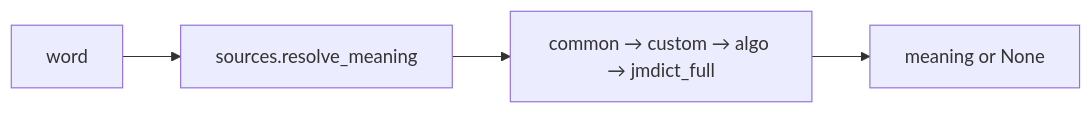
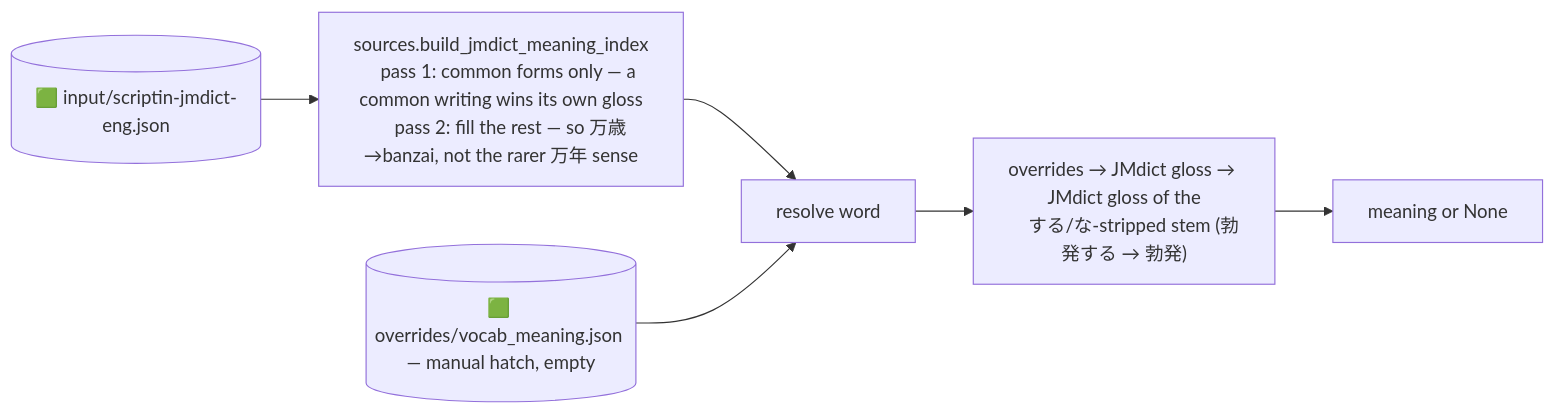
The seventh of 8 diagrams in notes/flowchart.md (PikaPikaGems/kanji-heatmap-data), drawn with Mermaid before and after one commit. The commit also changed other lines of this file and 6 other files, not shown here.

````diff
--- a/notes/flowchart.md
+++ b/notes/flowchart.md
@@ -322,6 +320,11 @@
 ```mermaid
 flowchart LR
-    w[word] --> R[sources.resolve_meaning]
-    R --> o["common → custom → algo → jmdict_full"]
+    jm[("🟩 input/scriptin-jmdict-eng.json")] --> IDX[sources.build_jmdict_meaning_index
+    pass 1: common forms only — a common writing wins its own gloss
+    pass 2: fill the rest — so 万歳→banzai, not the rarer 万年 sense]
+    IDX --> R[resolve word]
+    ov[("🟩 overrides/vocab_meaning.json — manual hatch, empty")] --> R
+    R --> o["overrides → JMdict gloss → JMdict gloss of the
+    する/な-stripped stem (勃発する → 勃発)"]
     o --> m[meaning or None]
 ```
````
